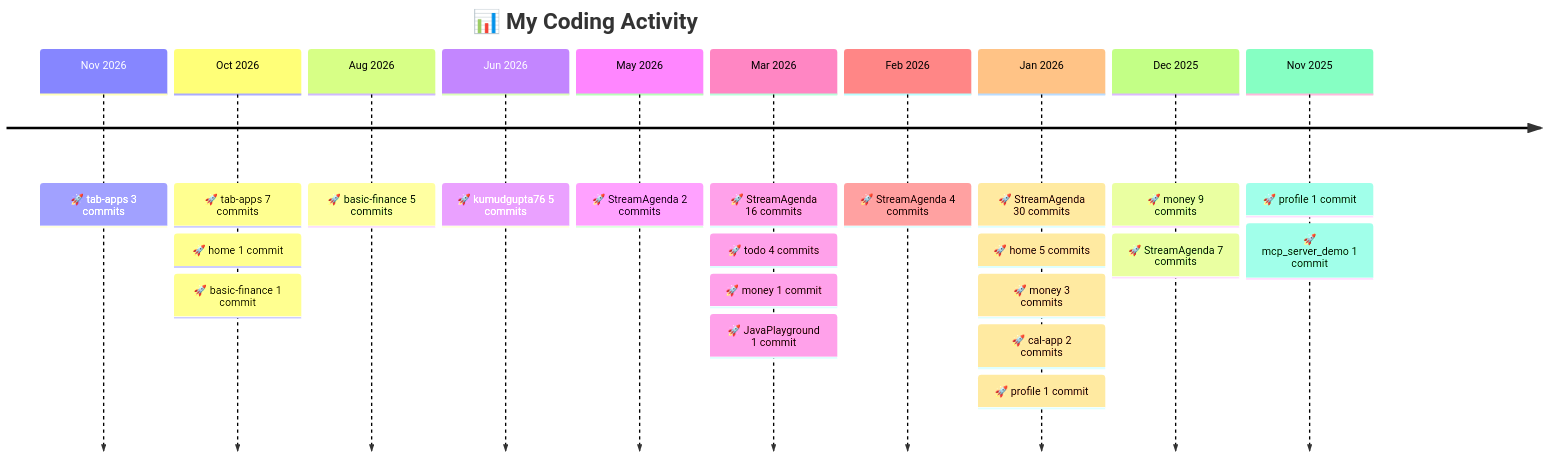
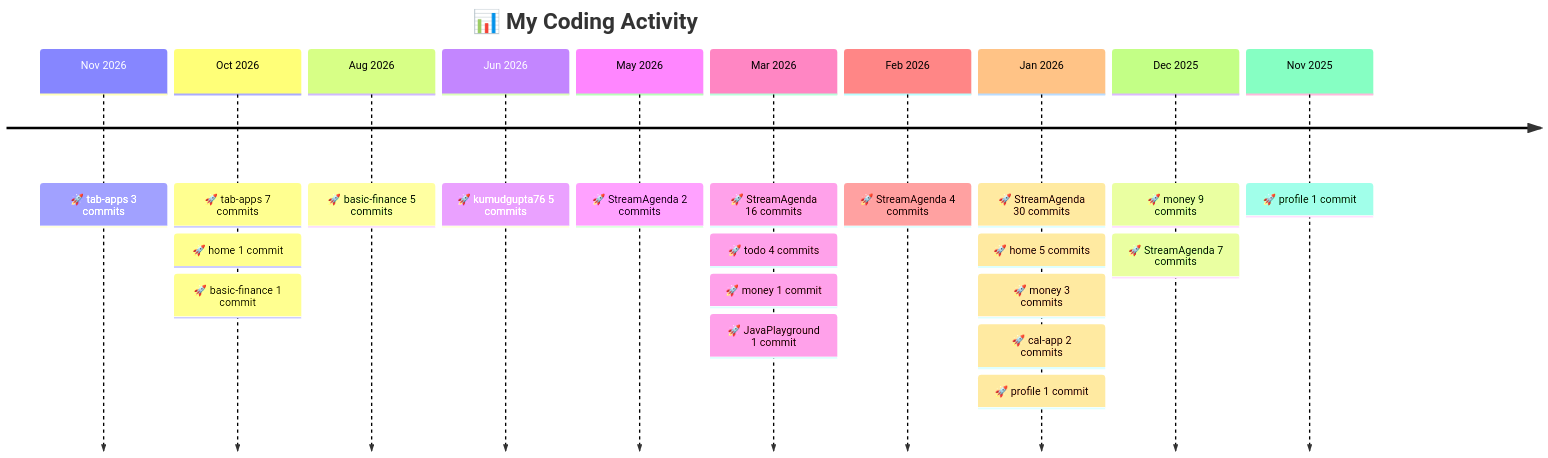
The diagram in README.md (kumudgupta76/kumudgupta76), drawn with Mermaid before and after one commit. The commit also changed other lines of this file, not shown here.

Commit message:
chore: update project timeline [skip ci]

````diff
--- a/README.md
+++ b/README.md
@@ -39,14 +39,14 @@
 ```mermaid
 timeline
     title 📊 My Coding Activity
     Nov 2026 : 🚀 tab-apps 3 commits
     Oct 2026 : 🚀 tab-apps 7 commits : 🚀 home 1 commit : 🚀 basic-finance 1 commit
     Aug 2026 : 🚀 basic-finance 5 commits
     Jun 2026 : 🚀 kumudgupta76 5 commits
     May 2026 : 🚀 StreamAgenda 2 commits
     Mar 2026 : 🚀 StreamAgenda 16 commits : 🚀 todo 4 commits : 🚀 money 1 commit : 🚀 JavaPlayground 1 commit
     Feb 2026 : 🚀 StreamAgenda 4 commits
     Jan 2026 : 🚀 StreamAgenda 30 commits : 🚀 home 5 commits : 🚀 money 3 commits : 🚀 cal-app 2 commits : 🚀 profile 1 commit
     Dec 2025 : 🚀 money 9 commits : 🚀 StreamAgenda 7 commits
-    Nov 2025 : 🚀 profile 1 commit : 🚀 mcp_server_demo 1 commit
+    Nov 2025 : 🚀 profile 1 commit
 ```
````
